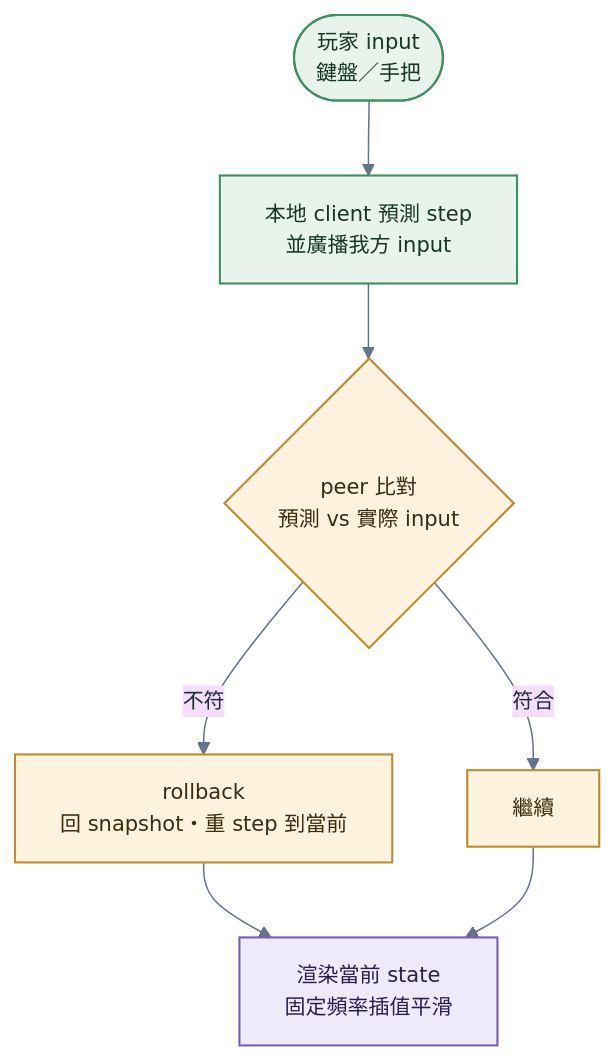
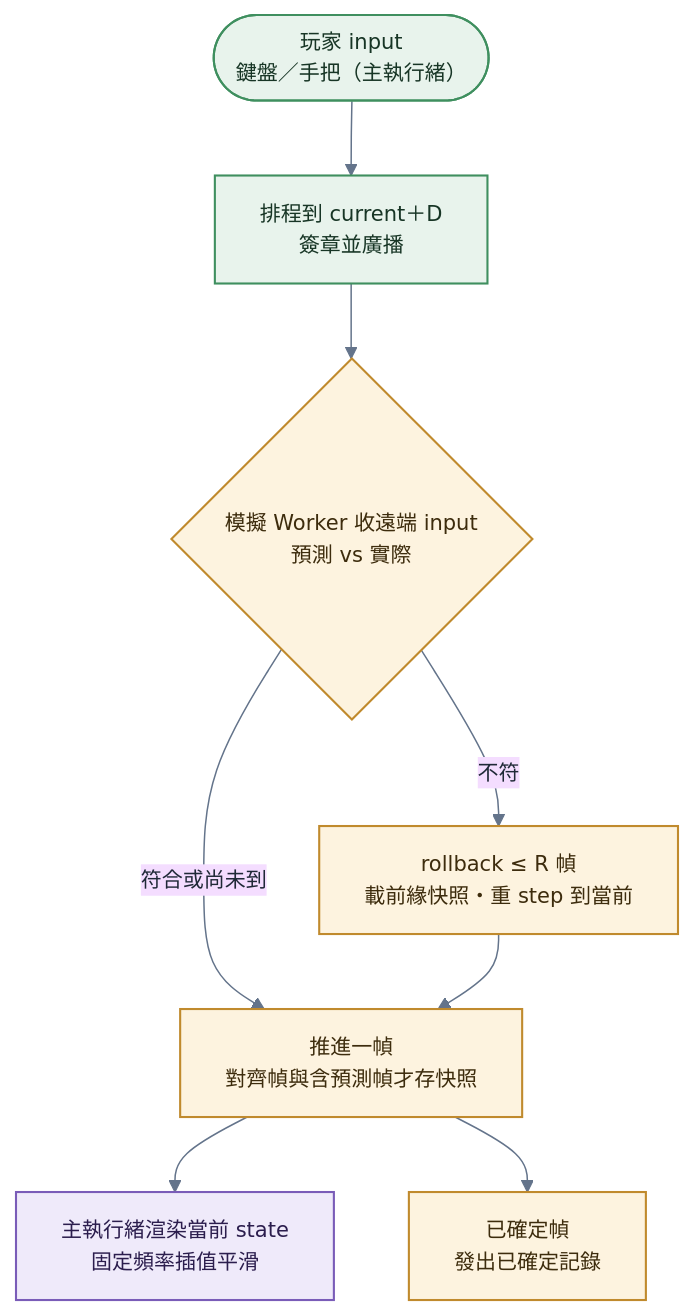
One commit to xjustloveux/open-4wd-specs changed the second of 7 diagrams in 流程/比賽進行.md. Above: the diagram before and after it, drawn with Mermaid. The commit also changed other lines of this file and 185 other files, not shown here.

````diff
--- a/流程/比賽進行.md
+++ b/流程/比賽進行.md
@@ -130,17 +139,18 @@
 ```mermaid
 %%{init: {"theme":"base","themeVariables":{"fontSize":"14px","primaryTextColor":"#1f2937","lineColor":"#64748b"},"flowchart":{"curve":"basis"}}}%%
 flowchart TD
-    A(["玩家 input<br/>鍵盤／手把"]) --> B["本地 client 預測 step<br/>並廣播我方 input"]
-    B --> C{"peer 比對<br/>預測 vs 實際 input"}
-    C -->|"不符"| D["rollback<br/>回 snapshot・重 step 到當前"]
-    C -->|"符合"| E["繼續"]
-    D --> F["渲染當前 state<br/>固定頻率插值平滑"]
-    E --> F
+    A(["玩家 input<br/>鍵盤／手把（主執行緒）"]) --> B["排程到 current＋D<br/>簽章並廣播"]
+    B --> C{"模擬 Worker 收遠端 input<br/>預測 vs 實際"}
+    C -->|"不符"| D["rollback ≤ R 幀<br/>載前緣快照・重 step 到當前"]
+    C -->|"符合或尚未到"| E["推進一幀<br/>對齊幀與含預測幀才存快照"]
+    D --> E
+    E --> F["主執行緒渲染當前 state<br/>固定頻率插值平滑"]
+    E --> G["已確定幀<br/>發出已確定記錄"]
 
     classDef local fill:#e8f3ec,stroke:#3f8f5f,stroke-width:1.4px,color:#173525;
     classDef consensus fill:#fdf3df,stroke:#c08a2d,stroke-width:1.4px,color:#3d2c0d;
     classDef ui fill:#efeafa,stroke:#7a5cb8,stroke-width:1.4px,color:#2b1d4d;
     class A,B local
-    class C,D,E consensus
+    class C,D,E,G consensus
     class F ui
 ```
````
